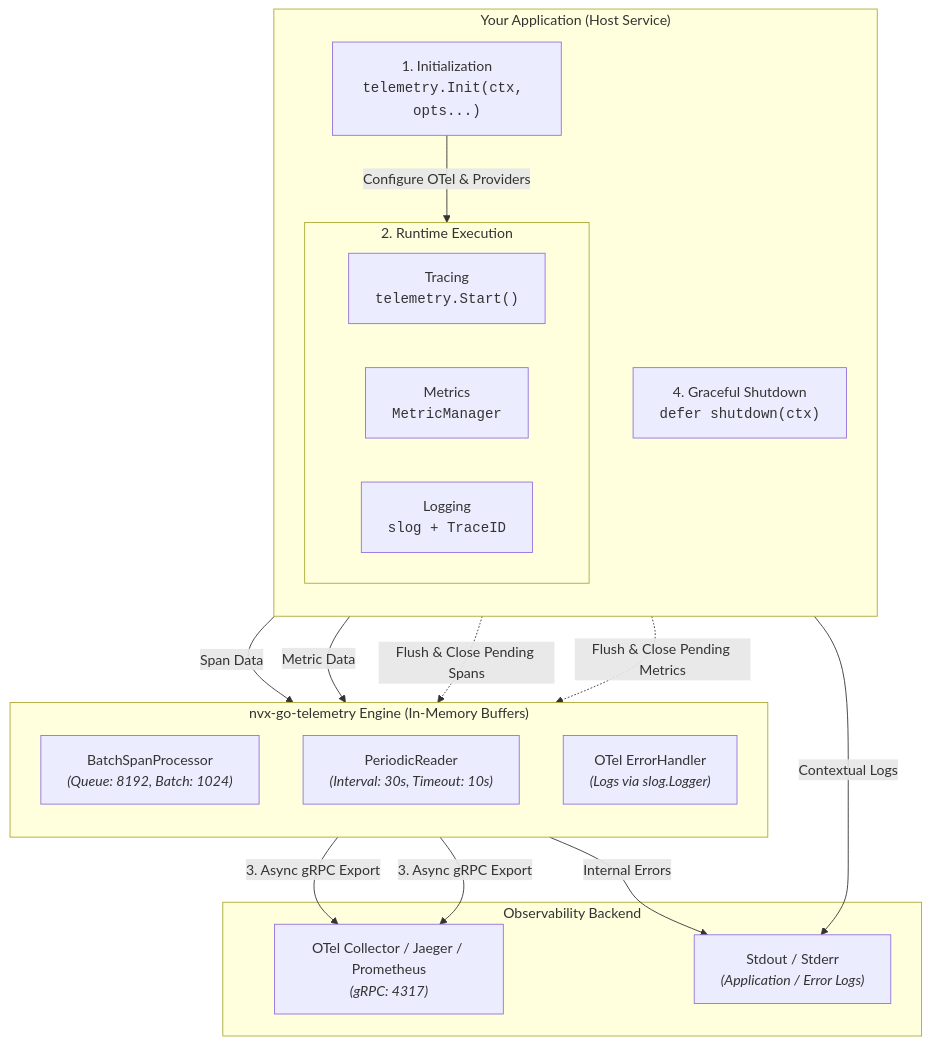
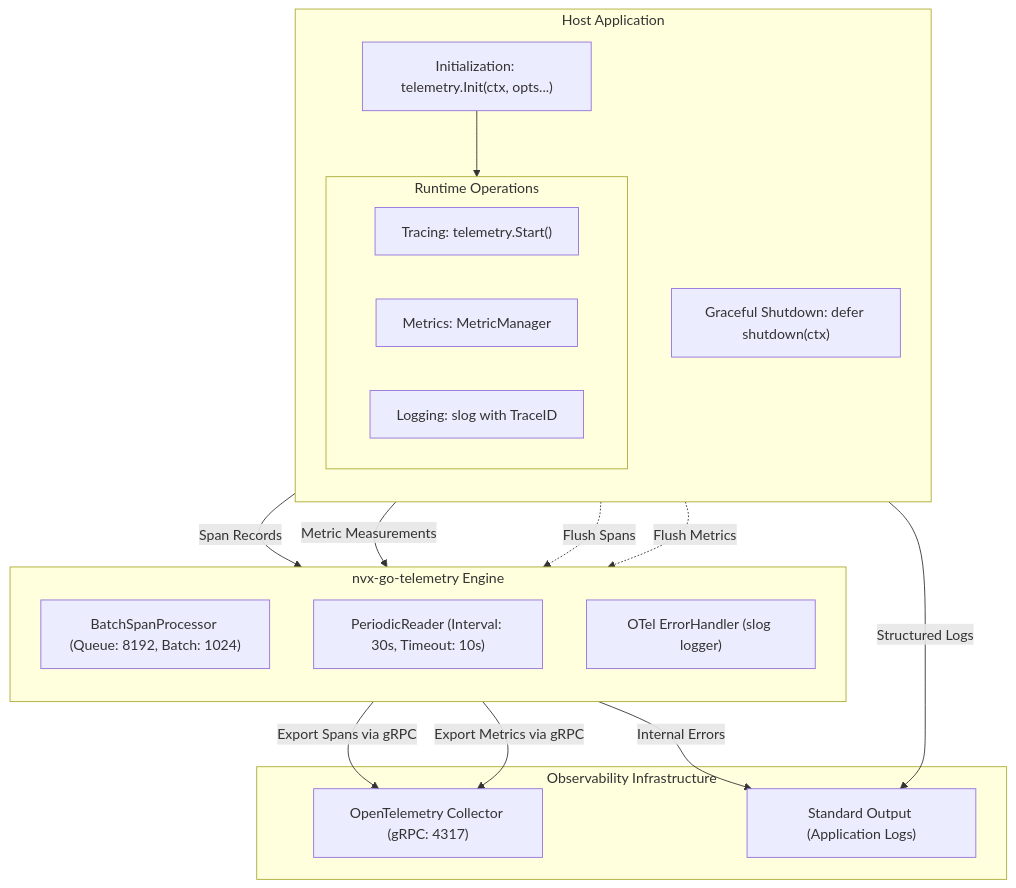
The first of 5 diagrams in docs/architecture/sequences.md (Jkenyut/nvx-go-telemetry), drawn with Mermaid before and after one commit. The commit also changed other lines of this file and 14 other files, not shown here.

````diff
--- a/docs/architecture/sequences.md
+++ b/docs/architecture/sequences.md
@@ -11,41 +11,40 @@
 ```mermaid
 flowchart TD
-    subgraph APP["Your Application (Host Service)"]
+    subgraph APP["Host Application"]
         direction TB
-        Main["1. Initialization<br/><code>telemetry.Init(ctx, opts...)</code>"]
-        
-        subgraph RUNTIME["2. Runtime Execution"]
+        Main["Initialization: telemetry.Init(ctx, opts...)"]
+
+        subgraph RUNTIME["Runtime Operations"]
             direction LR
-            Tr["Tracing<br/><code>telemetry.Start()</code>"]
-            Mt["Metrics<br/><code>MetricManager</code>"]
-            Lg["Logging<br/><code>slog + TraceID</code>"]
+            Tr["Tracing: telemetry.Start()"]
+            Mt["Metrics: MetricManager"]
+            Lg["Logging: slog with TraceID"]
         end
 
-        Shutdown["4. Graceful Shutdown<br/><code>defer shutdown(ctx)</code>"]
+        Shutdown["Graceful Shutdown: defer shutdown(ctx)"]
     end
 
-    subgraph ENGINE["nvx-go-telemetry Engine (In-Memory Buffers)"]
+    subgraph ENGINE["nvx-go-telemetry Engine"]
         direction TB
-        BSP["BatchSpanProcessor<br/><i>(Queue: 8192, Batch: 1024)</i>"]
-        PR["PeriodicReader<br/><i>(Interval: 30s, Timeout: 10s)</i>"]
-        ErrorHandler["OTel ErrorHandler<br/><i>(Logs via slog.Logger)</i>"]
+        BSP["BatchSpanProcessor (Queue: 8192, Batch: 1024)"]
+        PR["PeriodicReader (Interval: 30s, Timeout: 10s)"]
+        ErrorHandler["OTel ErrorHandler (slog logger)"]
     end
 
-    subgraph BACKEND["Observability Backend"]
-        Collector["OTel Collector / Jaeger / Prometheus<br/><i>(gRPC: 4317)</i>"]
-        Stdout["Stdout / Stderr<br/><i>(Application / Error Logs)</i>"]
+    subgraph BACKEND["Observability Infrastructure"]
+        Collector["OpenTelemetry Collector (gRPC: 4317)"]
+        Stdout["Standard Output (Application Logs)"]
     end
 
-    %% Flow Connections
-    Main -->|Configure OTel & Providers| RUNTIME
-    Tr -->|Span Data| BSP
-    Mt -->|Metric Data| PR
-    Lg -->|Contextual Logs| Stdout
-    ErrorHandler -->|Internal Errors| Stdout
+    Main --> RUNTIME
+    Tr -->|"Span Records"| BSP
+    Mt -->|"Metric Measurements"| PR
+    Lg -->|"Structured Logs"| Stdout
+    ErrorHandler -->|"Internal Errors"| Stdout
 
-    BSP -->|3. Async gRPC Export| Collector
-    PR -->|3. Async gRPC Export| Collector
+    BSP -->|"Export Spans via gRPC"| Collector
+    PR -->|"Export Metrics via gRPC"| Collector
 
-    Shutdown -.->|Flush & Close Pending Spans| BSP
-    Shutdown -.->|Flush & Close Pending Metrics| PR
+    Shutdown -.->|"Flush Spans"| BSP
+    Shutdown -.->|"Flush Metrics"| PR
 ```
````
